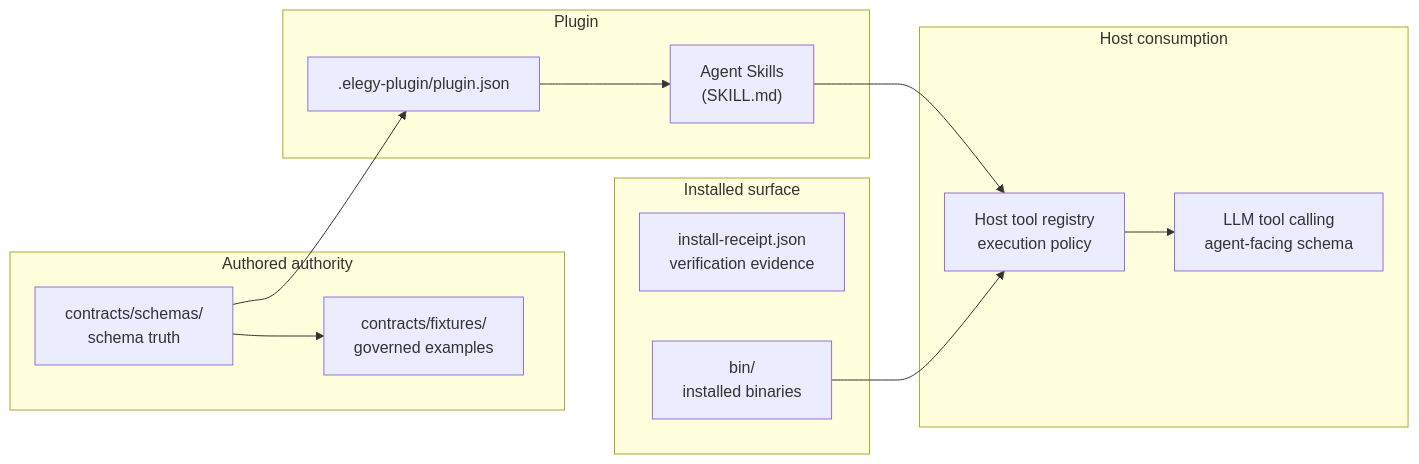
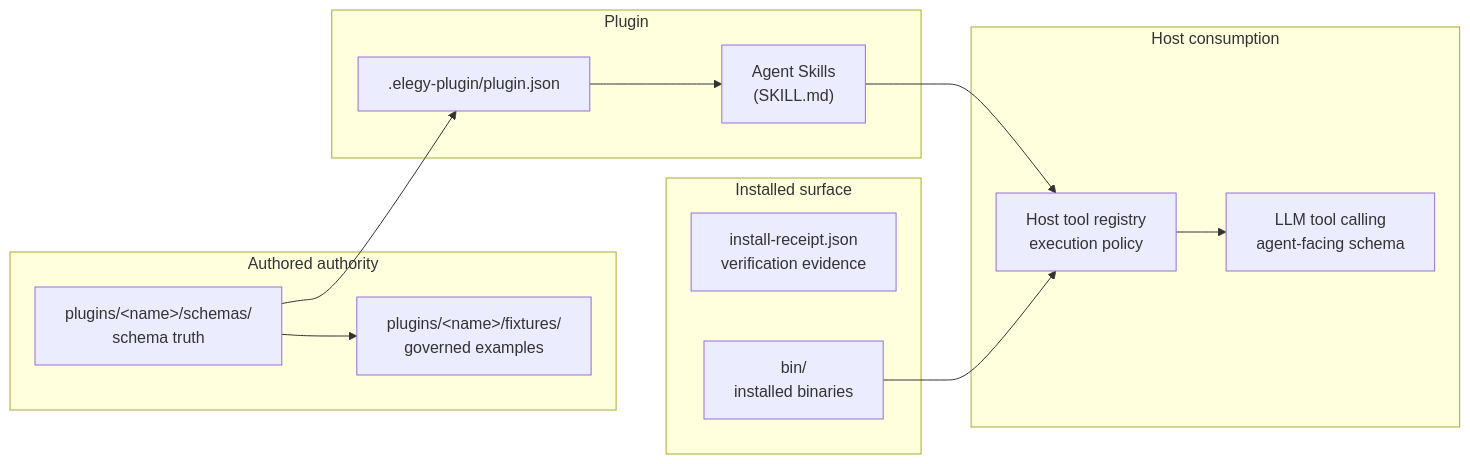
The second of 3 diagrams in docs/architecture/ecosystem-topology.md (Sofreshx/Elegy), drawn with Mermaid before and after one commit. The commit also changed other lines of this file and 119 other files, not shown here.

First line of the commit message:
refactor: co-locate artifacts with plugins, dissolve shared/contracts

````diff
--- a/docs/architecture/ecosystem-topology.md
+++ b/docs/architecture/ecosystem-topology.md
@@ -141,29 +151,29 @@
 ```mermaid
 flowchart LR
     subgraph authored["Authored authority"]
-        schemas["contracts/schemas/\nschema truth"]
-        fixtures["contracts/fixtures/\ngoverned examples"]
+        schemas["plugins/&lt;name&gt;/schemas/\nschema truth"]
+        fixtures_auth["plugins/&lt;name&gt;/fixtures/\ngoverned examples"]
     end
 
     subgraph package["Plugin"]
         pkg_json[".elegy-plugin/plugin.json"]
         skills["Agent Skills\n(SKILL.md)"]
     end
 
     subgraph installed["Installed surface"]
         receipt["install-receipt.json\nverification evidence"]
         bin_dir["bin/\ninstalled binaries"]
     end
 
     subgraph host["Host consumption"]
         registry["Host tool registry\nexecution policy"]
         llm["LLM tool calling\nagent-facing schema"]
     end
 
-    schemas --> fixtures
+    schemas --> fixtures_auth
     schemas --> pkg_json
     pkg_json --> skills
     skills --> registry
     bin_dir --> registry
     registry --> llm
 ```
````
